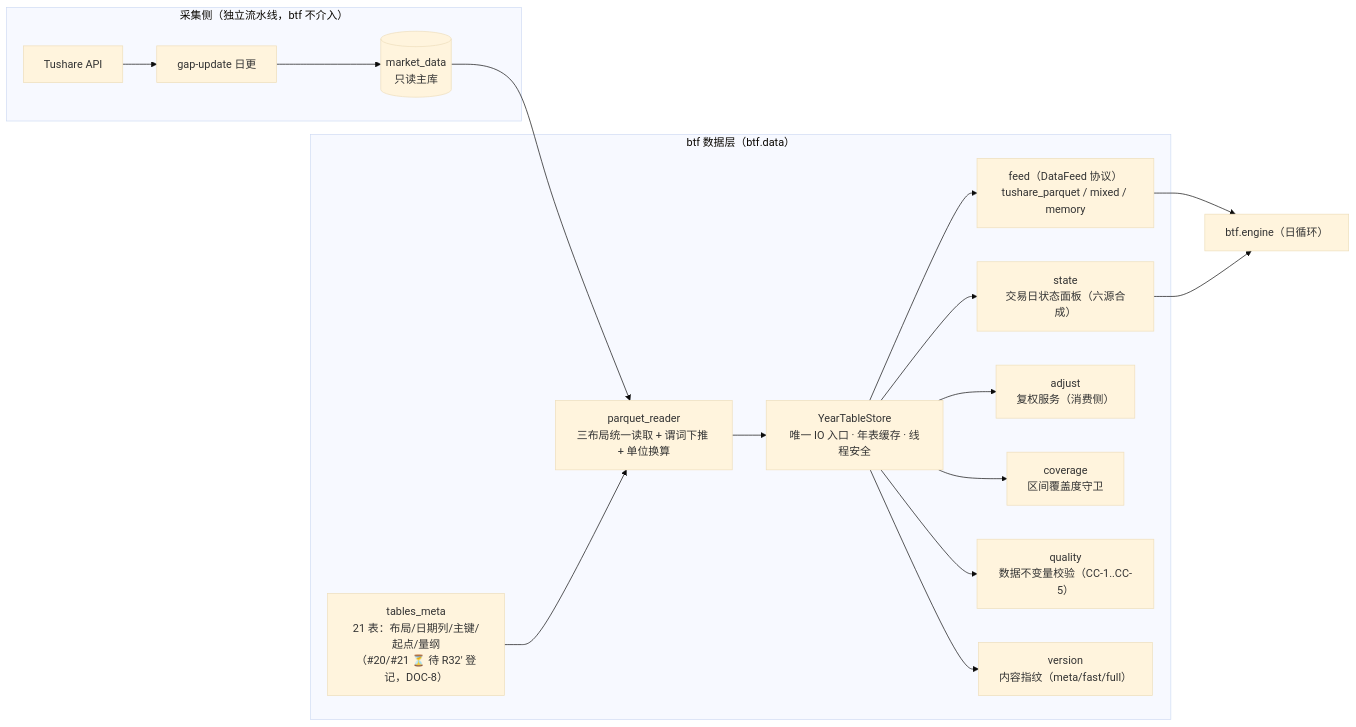
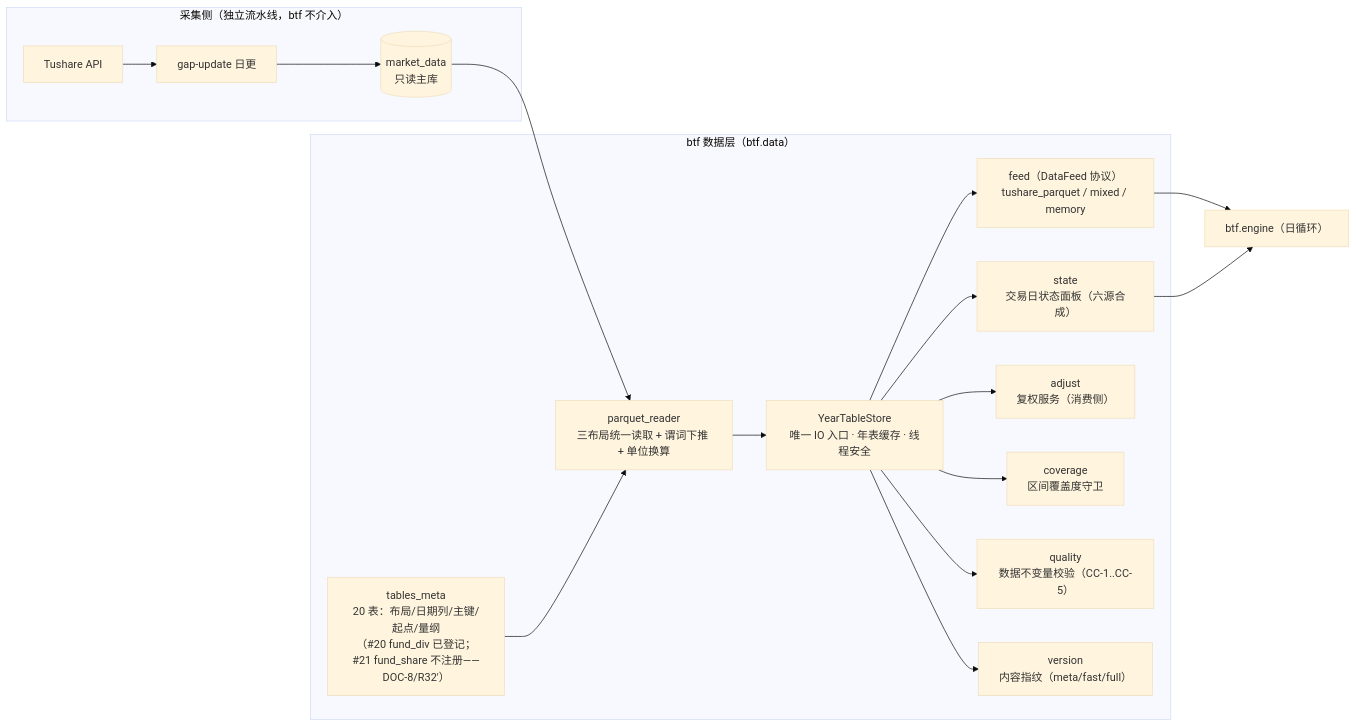
The first of 3 diagrams in 代码架构/回测工具架构/05-数据架构与数据集体系.md (1716250001/quant-strategy-infrastructure), drawn with Mermaid (base theme) before and after one commit. The commit also changed other lines of this file and 56 other files, not shown here.

````diff
--- a/代码架构/回测工具架构/05-数据架构与数据集体系.md
+++ b/代码架构/回测工具架构/05-数据架构与数据集体系.md
@@ -13,27 +13,27 @@
 ```mermaid
 flowchart LR
     subgraph 采集侧["采集侧（独立流水线，btf 不介入）"]
         TS["Tushare API"] --> GAP["gap-update 日更"] --> LIB[("market_data<br/>只读主库")]
     end
     subgraph btf["btf 数据层（btf.data）"]
-        MET["tables_meta<br/>21 表：布局/日期列/主键/起点/量纲<br/>（#20/#21 ⏳ 待 R32′ 登记，DOC-8）"]
+        MET["tables_meta<br/>20 表：布局/日期列/主键/起点/量纲<br/>（#20 fund_div 已登记；#21 fund_share 不注册——DOC-8/R32′）"]
         PR["parquet_reader<br/>三布局统一读取 + 谓词下推 + 单位换算"]
         CORE["YearTableStore<br/>唯一 IO 入口 · 年表缓存 · 线程安全"]
         FEED["feed（DataFeed 协议）<br/>tushare_parquet / mixed / memory"]
         STATE["state<br/>交易日状态面板（六源合成）"]
         ADJ["adjust<br/>复权服务（消费侧）"]
         COV["coverage<br/>区间覆盖度守卫"]
         QUA["quality<br/>数据不变量校验（CC-1..CC-5）"]
         VER["version<br/>内容指纹（meta/fast/full）"]
     end
     LIB --> PR --> CORE
     MET --> PR
     CORE --> FEED
     CORE --> STATE
     CORE --> ADJ
     CORE --> COV
     CORE --> QUA
     CORE --> VER
     FEED --> ENGINE["btf.engine（日循环）"]
     STATE --> ENGINE
 ```
````
